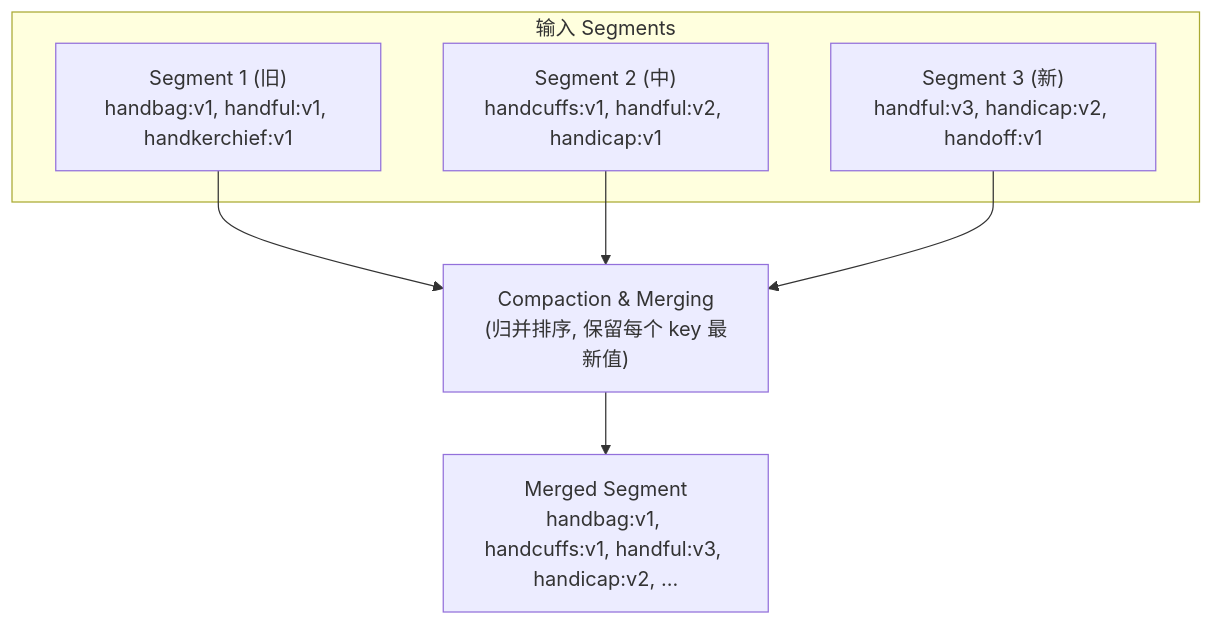
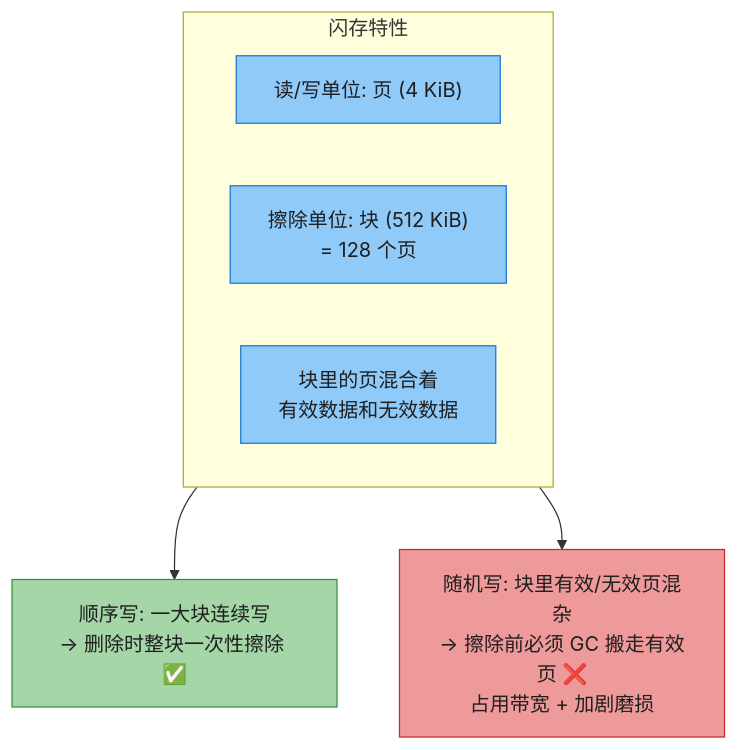
Before and after one commit to socoo123/ddia_2nd: the tenth of 22 diagrams in ch04-存储与检索.md, drawn with Mermaid. The commit also changed other lines of this file and 8 other files, not shown here.

First line of the commit message:
重写 ch01-ch09 读书笔记：风格统一 + 内容扩充 + 大量图表

````diff
--- a/ch04-存储与检索.md
+++ b/ch04-存储与检索.md
@@ -268,12 +359,20 @@
 ```mermaid
-graph TD
-    subgraph INPUT["输入 Segments"]
-        SG1["Segment 1 (旧)<br/>handbag:v1, handful:v1, handkerchief:v1"]
-        SG2["Segment 2 (中)<br/>handcuffs:v1, handful:v2, handicap:v1"]
-        SG3["Segment 3 (新)<br/>handful:v3, handicap:v2, handoff:v1"]
+flowchart TB
+    subgraph SSD["闪存特性"]
+        S1["读/写单位: 页 (4 KiB)"]
+        S2["擦除单位: 块 (512 KiB)<br/>= 128 个页"]
+        S3["块里的页混合着<br/>有效数据和无效数据"]
     end
-    SG1 --> CMP["Compaction & Merging<br/>(归并排序, 保留每个 key 最新值)"]
-    SG2 --> CMP
-    SG3 --> CMP
-    CMP --> OUT["Merged Segment<br/>handbag:v1, handcuffs:v1, handful:v3, handicap:v2, ..."]
+
+    SEQ["顺序写: 一大块连续写<br/>→ 删除时整块一次性擦除 ✅"]
+    RAND["随机写: 块里有效/无效页混杂<br/>→ 擦除前必须 GC 搬走有效页 ❌<br/>占用带宽 + 加剧磨损"]
+
+    SSD --> SEQ
+    SSD --> RAND
+
+    style S1 fill:#90CAF9,stroke:#1976D2,color:#1f1f1f
+    style S2 fill:#90CAF9,stroke:#1976D2,color:#1f1f1f
+    style S3 fill:#90CAF9,stroke:#1976D2,color:#1f1f1f
+    style SEQ fill:#A5D6A7,stroke:#388E3C,color:#1f1f1f
+    style RAND fill:#EF9A9A,stroke:#C62828,color:#1f1f1f
 ```
````
